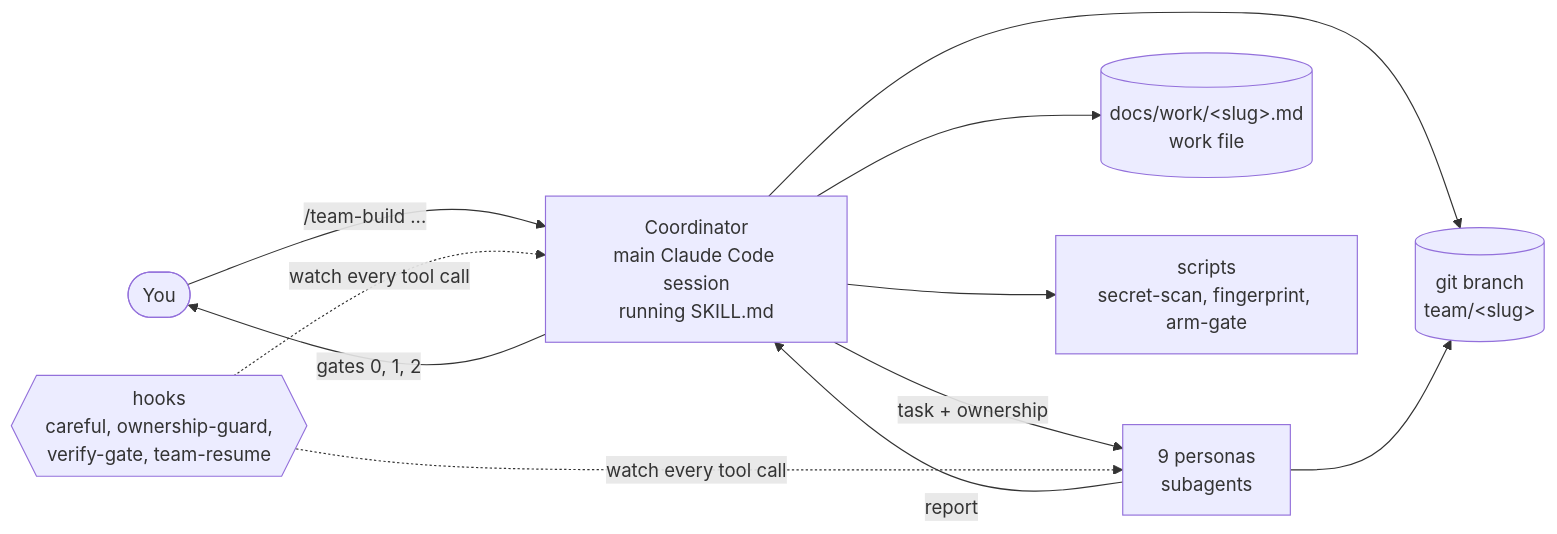
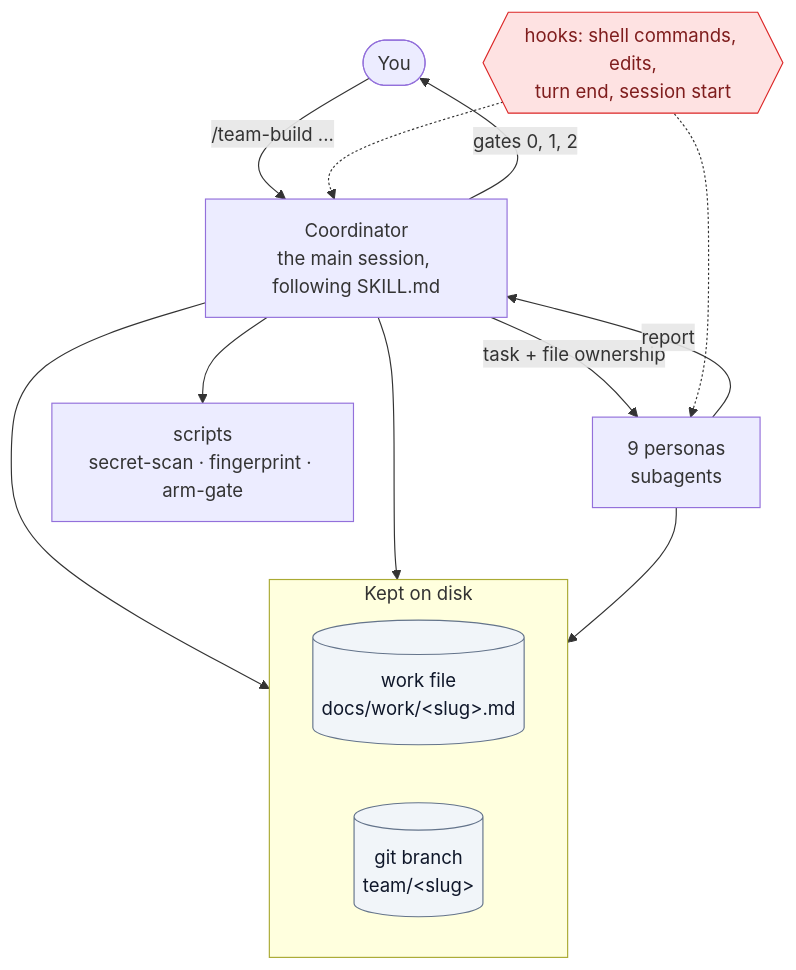
Before and after one commit to suryas91/claude-skills: the first of 2 diagrams in docs/how-it-works.md, drawn with Mermaid. The commit also changed other lines of this file and 31 other files, not shown here.

````diff
--- a/docs/how-it-works.md
+++ b/docs/how-it-works.md
@@ -9,13 +7,21 @@
 ```mermaid
-flowchart LR
-    U([You]) -- "/team-build ..." --> C[Coordinator<br/>main Claude Code session<br/>running SKILL.md]
-    C -- task + ownership --> P[9 personas<br/>subagents]
+flowchart TB
+    U([You]) -- "/team-build ..." --> C[Coordinator<br/>the main session, following SKILL.md]
+    C -- "gates 0, 1, 2" --> U
+    C -- "task + file ownership" --> P[9 personas<br/>subagents]
     P -- report --> C
-    C -- "gates 0, 1, 2" --> U
-    C --> W[(docs/work/&lt;slug&gt;.md<br/>work file)]
-    C --> S[scripts<br/>secret-scan, fingerprint, arm-gate]
-    H{{hooks<br/>careful, ownership-guard,<br/>verify-gate, team-resume}} -. watch every tool call .-> C
-    H -. watch every tool call .-> P
-    C --> G[(git branch<br/>team/&lt;slug&gt;)]
+    C --> S[scripts<br/>secret-scan · fingerprint · arm-gate]
+    subgraph state [Kept on disk]
+        direction LR
+        W[(work file<br/>docs/work/&lt;slug&gt;.md)]
+        G[(git branch<br/>team/&lt;slug&gt;)]
+    end
+    C --> W
+    C --> G
     P --> G
+    H{{hooks: shell commands, edits,<br/>turn end, session start}} -.-> C & P
+    classDef guard fill:#fee2e2,stroke:#dc2626,color:#7f1d1d
+    classDef store fill:#f1f5f9,stroke:#64748b,color:#0f172a
+    class H guard
+    class W,G store
 ```
````
